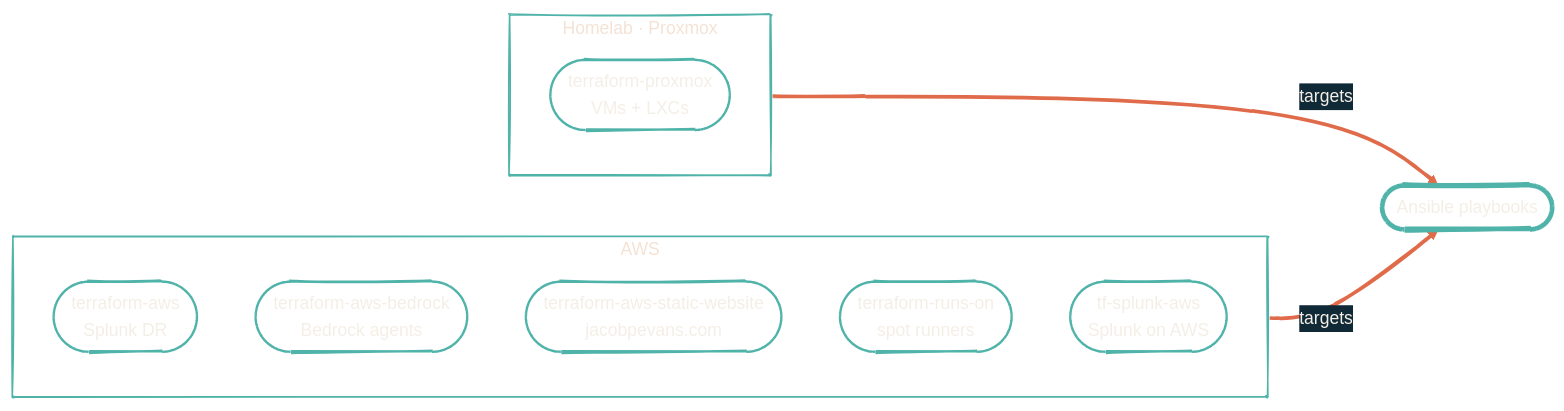
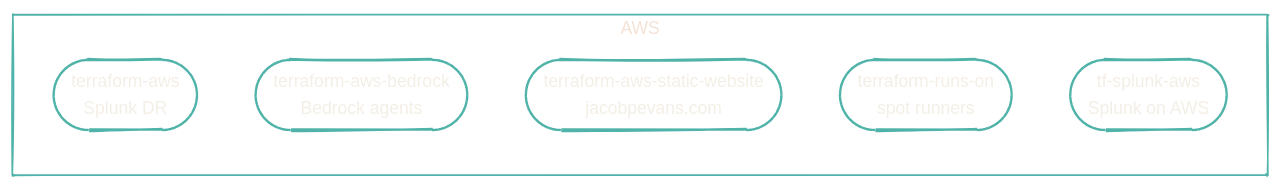
Before and after one commit to dryvist/docs: the second of 2 diagrams in infrastructure/overview.mdx, drawn with Mermaid. The commit also changed other lines of this file and 25 other files, not shown here.

````diff
--- a/infrastructure/overview.mdx
+++ b/infrastructure/overview.mdx
@@ -12,28 +30,17 @@
 ```mermaid
 %%{init: {'theme':'base','look':'handDrawn','themeVariables':{'primaryColor':'#4FB3A9','primaryTextColor':'#F4EFE6','primaryBorderColor':'#2F7E78','lineColor':'#E06B4A','secondaryColor':'#102937','tertiaryColor':'#0B1D2A','clusterBkg':'transparent','clusterBorder':'#4FB3A9','fontFamily':'Geist','fontSize':'15px'}}}%%
 flowchart LR
-  subgraph Onprem["Homelab · Proxmox"]
-    tp(["terraform-proxmox<br/>VMs + LXCs"])
-  end
-
   subgraph AWS["AWS"]
     ta(["terraform-aws<br/>Splunk DR"])
     tab(["terraform-aws-bedrock<br/>Bedrock agents"])
     tasw(["terraform-aws-static-website<br/>jacobpevans.com"])
     tro(["terraform-runs-on<br/>spot runners"])
     tsa(["tf-splunk-aws<br/>Splunk on AWS"])
   end
 
-  Onprem ==>|targets| Ansible(["Ansible playbooks"])
-  AWS ==>|targets| Ansible
-
-  style tp fill:transparent,stroke:#4FB3A9,stroke-width:2px,color:#F4EFE6
   style ta fill:transparent,stroke:#4FB3A9,stroke-width:2px,color:#F4EFE6
   style tab fill:transparent,stroke:#4FB3A9,stroke-width:2px,color:#F4EFE6
   style tasw fill:transparent,stroke:#4FB3A9,stroke-width:2px,color:#F4EFE6
   style tro fill:transparent,stroke:#4FB3A9,stroke-width:2px,color:#F4EFE6
   style tsa fill:transparent,stroke:#4FB3A9,stroke-width:2px,color:#F4EFE6
-  style Ansible fill:transparent,stroke:#4FB3A9,stroke-width:4px,color:#F4EFE6
-
-  linkStyle default stroke:#E06B4A,stroke-width:3px
 ```
````
